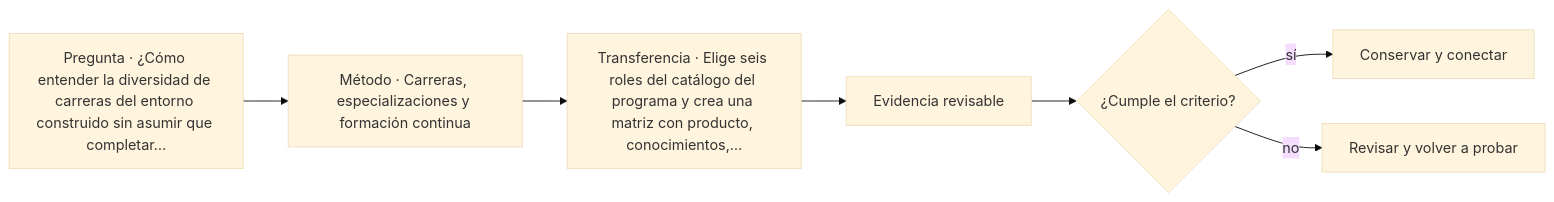
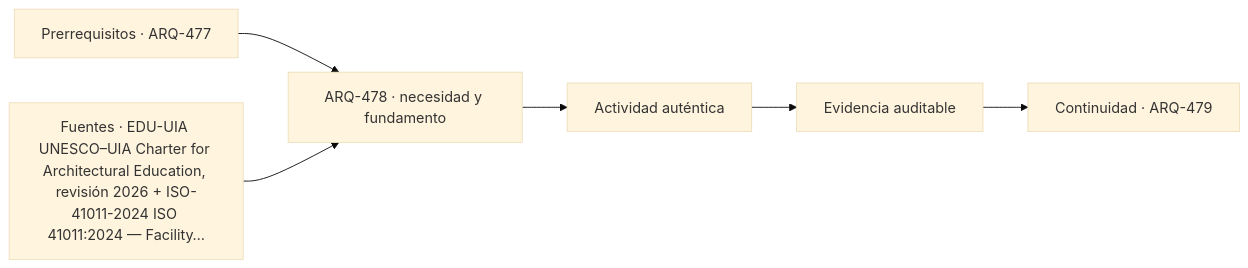
The diagram in classes/parte-48/ARQ-478.md (vladimiracunadev-create/architecture-built-environment-learning-program), drawn with Mermaid (base theme) before and after one commit. The commit also changed other lines of this file and 761 other files, not shown here.

````diff
--- a/classes/parte-48/ARQ-478.md
+++ b/classes/parte-48/ARQ-478.md
@@ -75,9 +87,8 @@
 ```mermaid
 flowchart LR
-    Q["Pregunta · ¿Cómo entender la diversidad de carreras del entorno construido sin asumir que completar…"] --> M["Método · Carreras, especializaciones y formación continua"]
-    M --> P["Transferencia · Elige seis roles del catálogo del programa y crea una matriz con producto, conocimientos,…"]
-    P --> E["Evidencia revisable"]
-    E --> C{"¿Cumple el criterio?"}
-    C -->|sí| T["Conservar y conectar"]
-    C -->|no| R["Revisar y volver a probar"]
+    A["Prerrequisitos · ARQ-477"] --> B["ARQ-478 · necesidad y fundamento"]
+    S["Fuentes · EDU-UIA UNESCO–UIA Charter for Architectural Education, revisión 2026 + ISO-41011-2024 ISO 41011:2024 — Facility…"] --> B
+    B --> C["Actividad auténtica"]
+    C --> D["Evidencia auditable"]
+    D --> E["Continuidad · ARQ-479"]
 ```
````
